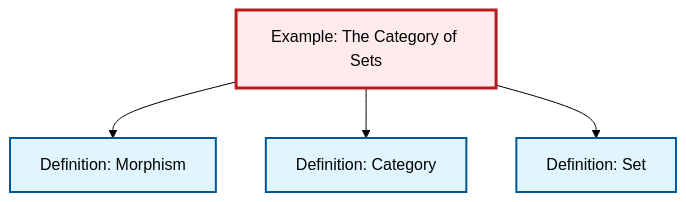
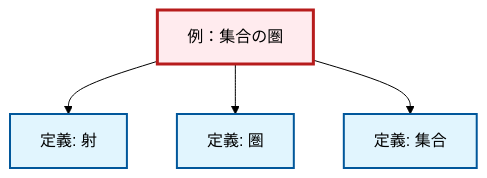
Before and after one commit to RK0429/ModernMath: the diagram in content/ja/category-theory/ex-set-category.qmd, drawn with Mermaid (forest theme). The commit also changed 1069 other files, not shown here.

````diff
--- a/content/ja/category-theory/ex-set-category.qmd
+++ b/content/ja/category-theory/ex-set-category.qmd
@@ -69,20 +69,20 @@
 ```{mermaid}
 %%| fig-cap: "Local dependency graph"
 graph TD
     classDef definition fill:#e1f5fe,stroke:#01579b,stroke-width:2px
     classDef theorem fill:#f3e5f5,stroke:#4a148c,stroke-width:2px
     classDef axiom fill:#fff3e0,stroke:#e65100,stroke-width:2px
     classDef example fill:#e8f5e9,stroke:#1b5e20,stroke-width:2px
     classDef current fill:#ffebee,stroke:#b71c1c,stroke-width:3px
-    def-set["Definition: Set"]:::definition
-    ex-set-category["Example: The Category of Sets"]:::example
-    def-category["Definition: Category"]:::definition
-    def-morphism["Definition: Morphism"]:::definition
+    def-category["定義: 圏"]:::definition
+    ex-set-category["例：集合の圏"]:::example
+    def-set["定義: 集合"]:::definition
+    def-morphism["定義: 射"]:::definition
     ex-set-category --> def-morphism
     ex-set-category --> def-category
     ex-set-category --> def-set
     class ex-set-category current
-    click def-set "def-set.html" "Definition: Setへ"
-    click def-category "def-category.html" "Definition: Categoryへ"
-    click def-morphism "def-morphism.html" "Definition: Morphismへ"
+    click def-category "def-category.html" "圏の定義へ"
+    click def-set "def-set.html" "集合の定義へ"
+    click def-morphism "def-morphism.html" "射の定義へ"
 ```
````
